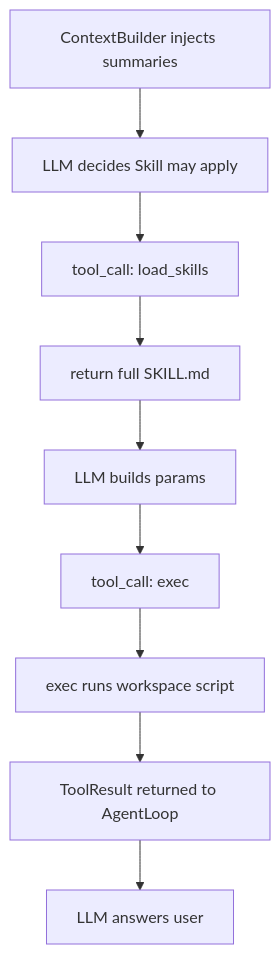
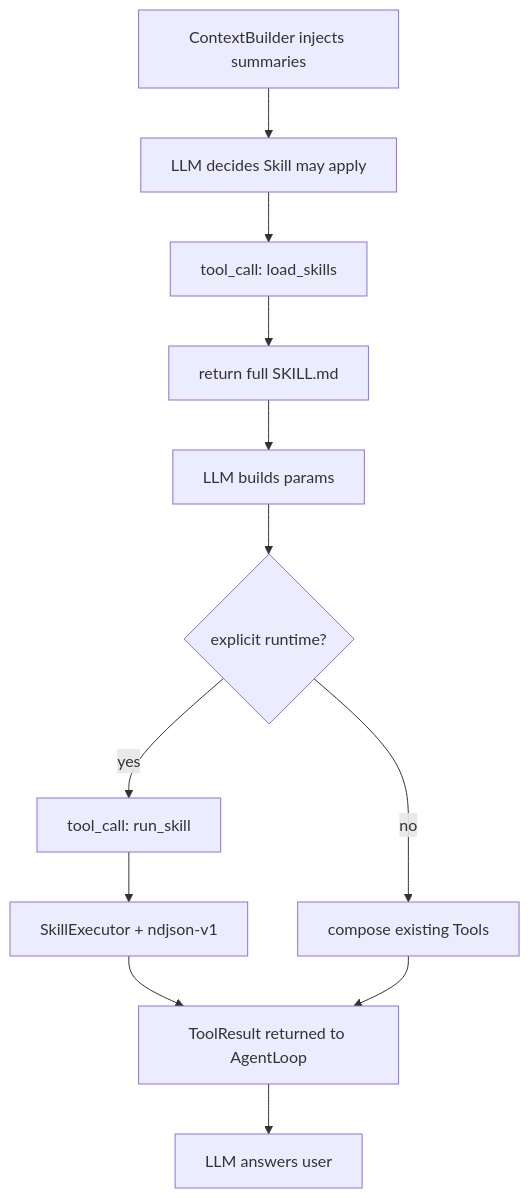
One commit to zcjMoxx/zhice_agent changed the third of 3 diagrams in docs_design/zhice-agent-part5-skill-loader-design.md. Above: the diagram before and after it, drawn with Mermaid. The commit also changed other lines of this file and 167 other files, not shown here.

Commit message:
implement part 18 skill runtime and unified ops

````diff
--- a/docs_design/zhice-agent-part5-skill-loader-design.md
+++ b/docs_design/zhice-agent-part5-skill-loader-design.md
@@ -372,11 +376,14 @@
 ```mermaid
 flowchart TD
     A["ContextBuilder injects summaries"] --> B["LLM decides Skill may apply"]
     B --> C["tool_call: load_skills"]
     C --> D["return full SKILL.md"]
     D --> E["LLM builds params"]
-    E --> F["tool_call: exec"]
-    F --> G["exec runs workspace script"]
-    G --> H["ToolResult returned to AgentLoop"]
-    H --> I["LLM answers user"]
+    E --> F{"explicit runtime?"}
+    F -->|"yes"| G["tool_call: run_skill"]
+    G --> H["SkillExecutor + ndjson-v1"]
+    F -->|"no"| H2["compose existing Tools"]
+    H --> I["ToolResult returned to AgentLoop"]
+    H2 --> I
+    I --> J["LLM answers user"]
 ```
````
